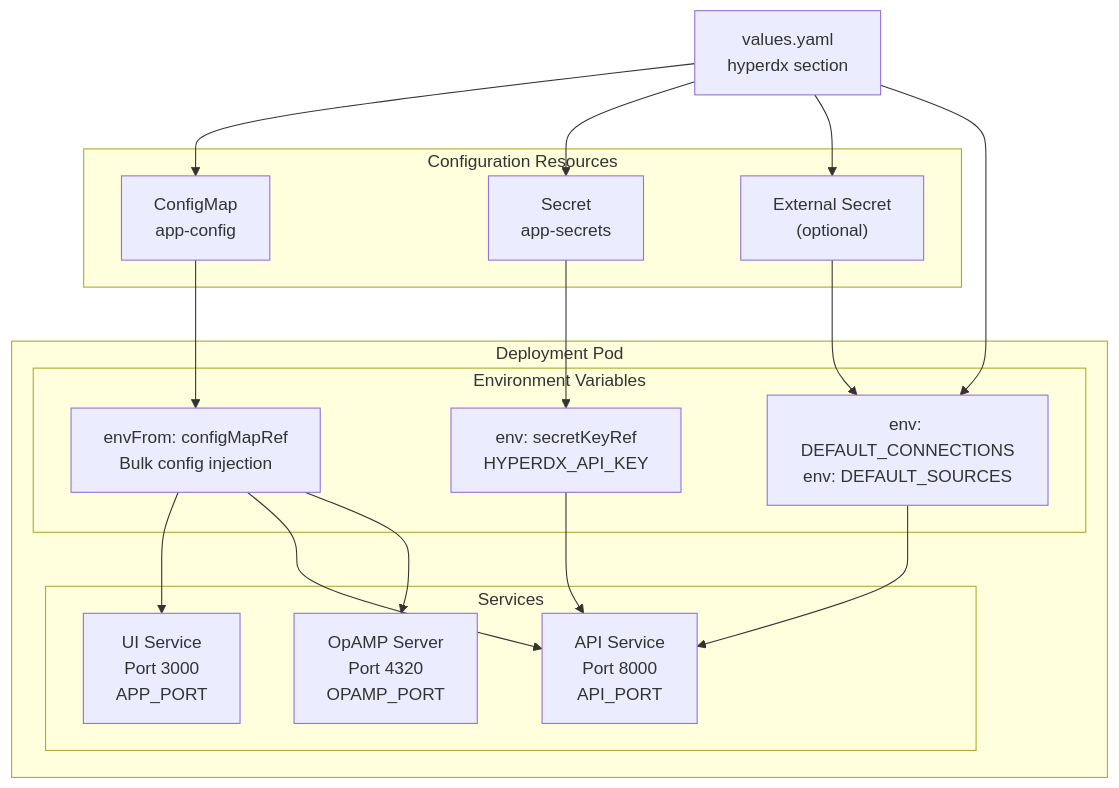
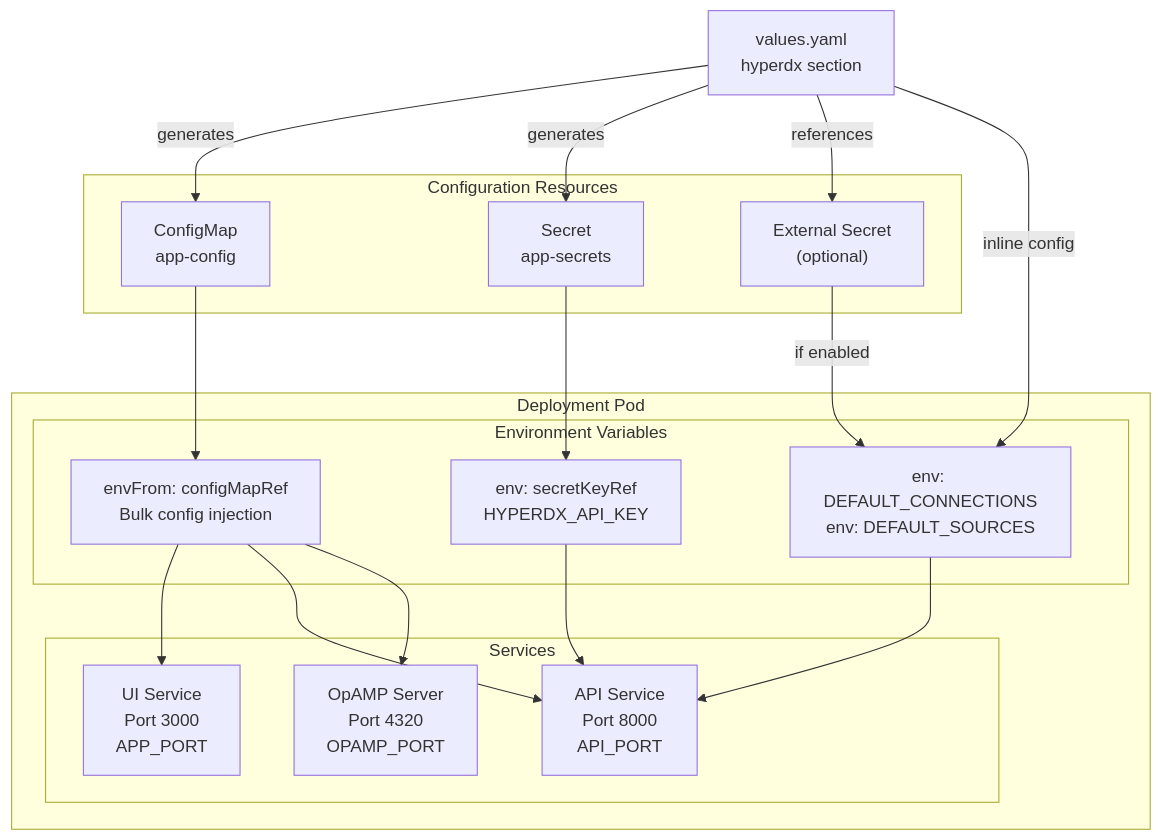
The first of 6 diagrams in docs/hyperdxio-helm-charts-docs/HyperDX-Application-Configuration.md (openchoreo/openchoreo), drawn with Mermaid before and after one commit. The commit also changed other lines of this file and 85 other files, not shown here.

Commit message:
feat: Add new workflow and specification templates, update Helm chart dependencies, and clarify documentation diagrams.

````diff
--- a/docs/hyperdxio-helm-charts-docs/HyperDX-Application-Configuration.md
+++ b/docs/hyperdxio-helm-charts-docs/HyperDX-Application-Configuration.md
@@ -22,48 +22,48 @@
 ```mermaid
 flowchart TD
 
 ValuesYAML["values.yaml<br>hyperdx section"]
 AppConfigMap["ConfigMap<br>app-config"]
 AppSecrets["Secret<br>app-secrets"]
 ExternalSecret["External Secret<br>(optional)"]
 EnvFromCM["envFrom: configMapRef<br>Bulk config injection"]
 EnvFromSecret["env: secretKeyRef<br>HYPERDX_API_KEY"]
 EnvConnections["env: DEFAULT_CONNECTIONS<br>env: DEFAULT_SOURCES"]
 UIService["UI Service<br>Port 3000<br>APP_PORT"]
 APIService["API Service<br>Port 8000<br>API_PORT"]
 OpAMPService["OpAMP Server<br>Port 4320<br>OPAMP_PORT"]
 
-ValuesYAML --> AppConfigMap
-ValuesYAML --> AppSecrets
-ValuesYAML --> ExternalSecret
+ValuesYAML -->|"generates"| AppConfigMap
+ValuesYAML -->|"generates"| AppSecrets
+ValuesYAML -->|"references"| ExternalSecret
 AppConfigMap --> EnvFromCM
 AppSecrets --> EnvFromSecret
-ExternalSecret --> EnvConnections
-ValuesYAML --> EnvConnections
+ExternalSecret -->|"if enabled"| EnvConnections
+ValuesYAML -->|"inline config"| EnvConnections
 
 subgraph subGraph3 ["Deployment Pod"]
     EnvFromCM --> UIService
     EnvFromCM --> APIService
     EnvFromCM --> OpAMPService
     EnvFromSecret --> APIService
     EnvConnections --> APIService
 
 subgraph Services ["Services"]
     UIService
     APIService
     OpAMPService
 end
 
 subgraph subGraph1 ["Environment Variables"]
     EnvFromCM
     EnvFromSecret
     EnvConnections
 end
 end
 
 subgraph subGraph0 ["Configuration Resources"]
     AppConfigMap
     AppSecrets
     ExternalSecret
 end
 ```
````
